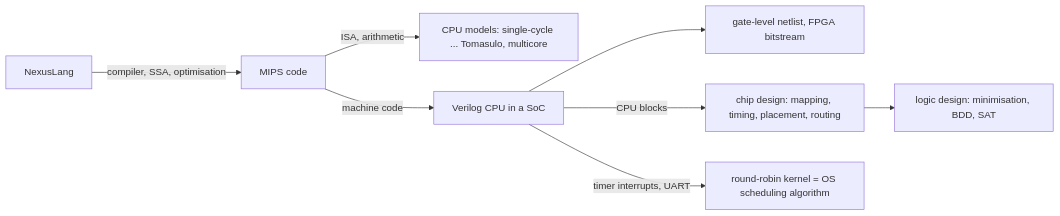
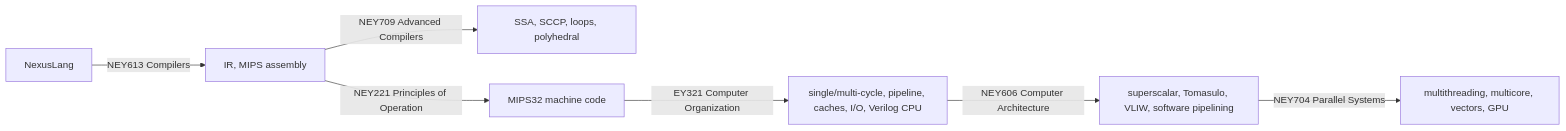
One commit to gdtsitlauri/nexus-platform changed the diagram in README.md. Above: the diagram before and after it, drawn with Mermaid. The commit also changed other lines of this file and 19 other files, not shown here.

````diff
--- a/README.md
+++ b/README.md
@@ -17,10 +17,9 @@
 ```mermaid
 flowchart LR
-  A[NexusLang] -->|compiler, SSA, optimisation| B[MIPS code]
-  B -->|ISA, arithmetic| C[CPU models: single-cycle ... Tomasulo, multicore]
-  B -->|machine code| D[Verilog CPU in a SoC]
-  D --> E[gate-level netlist, FPGA bitstream]
-  D -->|CPU blocks| F[chip design: mapping, timing, placement, routing]
-  F --> G[logic design: minimisation, BDD, SAT]
-  D -->|timer interrupts, UART| H[round-robin kernel = OS scheduling algorithm]
+  A[NexusLang] -->|NEY613 Compilers| B[IR, MIPS assembly]
+  B -->|NEY709 Advanced Compilers| C[SSA, SCCP, loops, polyhedral]
+  B -->|NEY221 Principles of Operation| D[MIPS32 machine code]
+  D -->|EY321 Computer Organization| E[single/multi-cycle, pipeline, caches, I/O, Verilog CPU]
+  E -->|NEY606 Computer Architecture| F[superscalar, Tomasulo, VLIW, software pipelining]
+  F -->|NEY704 Parallel Systems| G[multithreading, multicore, vectors, GPU]
 ```
````
